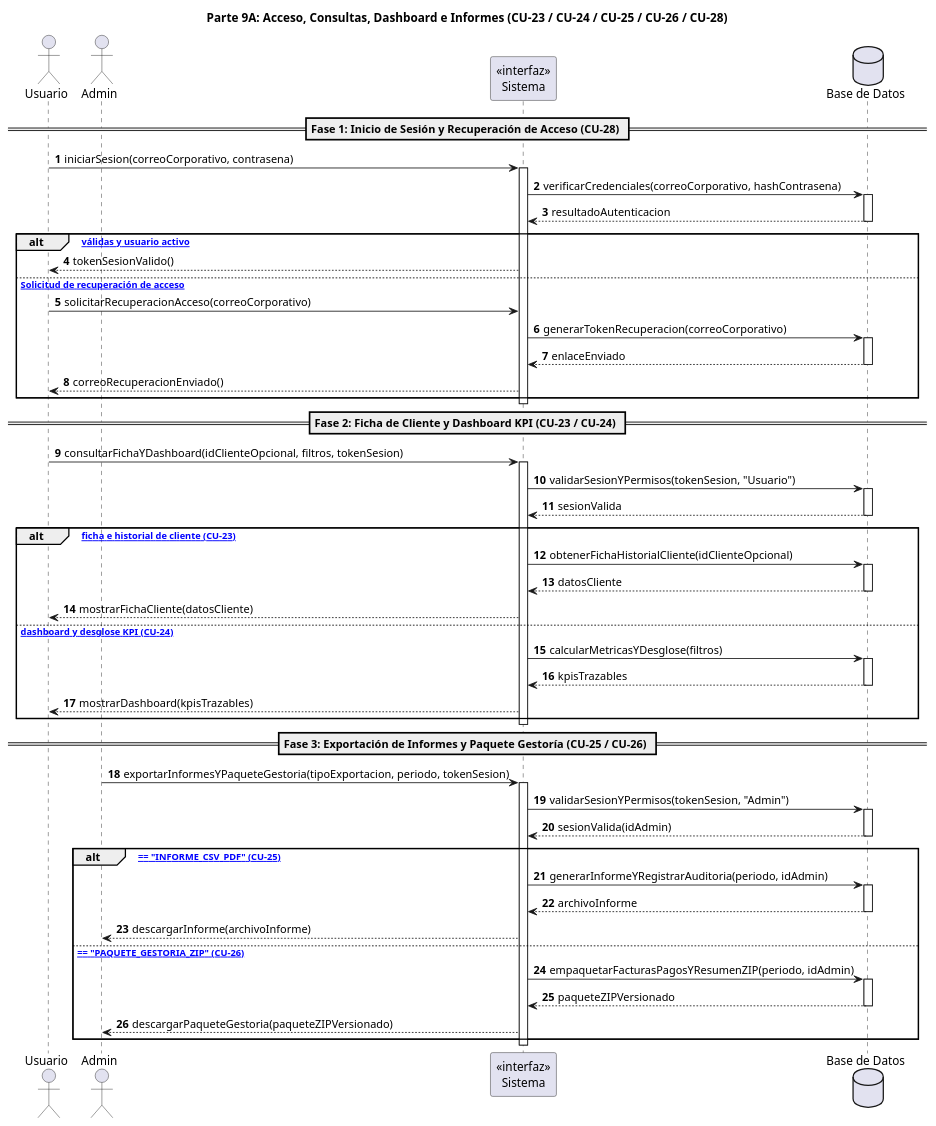
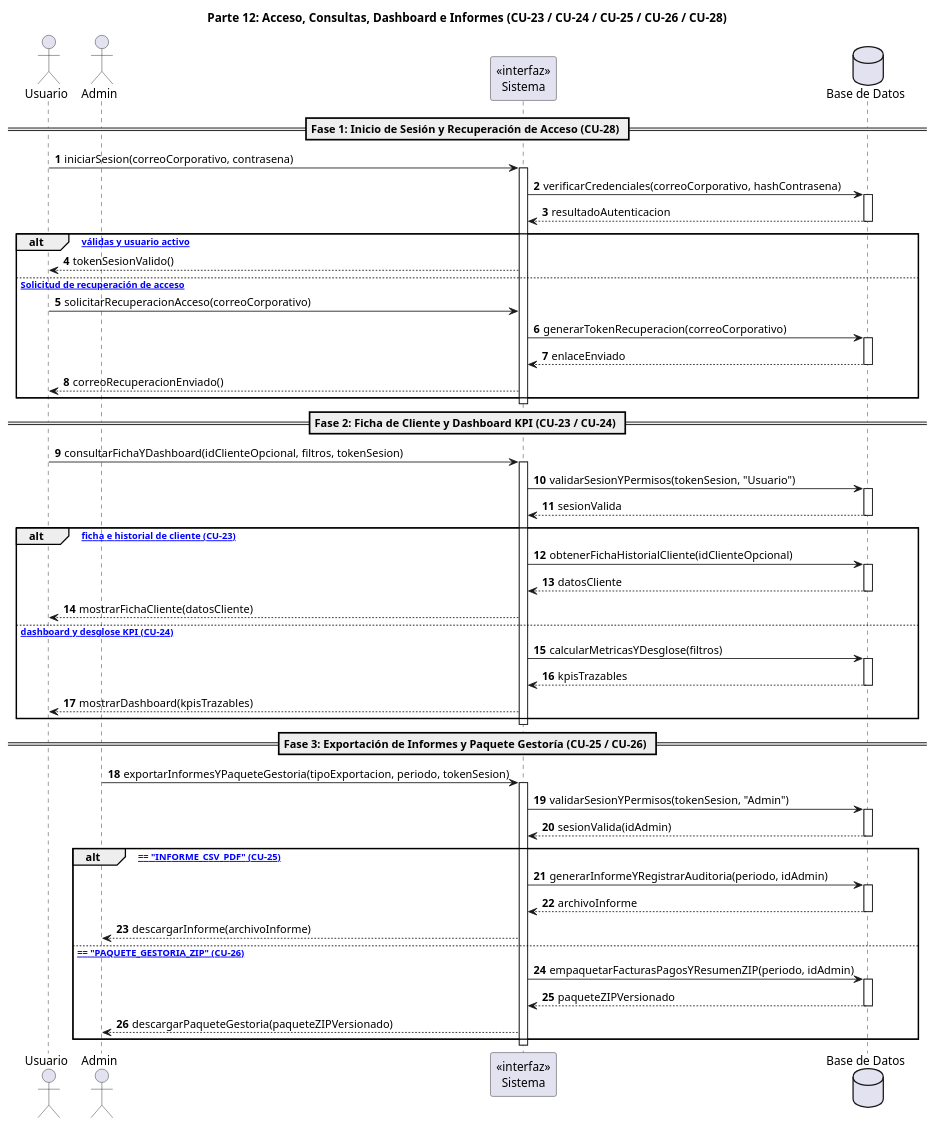
Diagram 12 of 13 in Parcial 2/DiagramaSecuenciaUML/diagramas_de_secuencia_Codigo.md (Ragavez/TurbineHuclides), drawn with PlantUML before and after one commit. The commit also changed other lines of this file, not shown here.

Commit message:
Corrección código parte 6

````diff
--- a/Parcial 2/DiagramaSecuenciaUML/diagramas_de_secuencia_Codigo.md
+++ b/Parcial 2/DiagramaSecuenciaUML/diagramas_de_secuencia_Codigo.md
@@ -894,80 +894,80 @@
 ```plantuml
 @startuml
 autonumber
-title Parte 9A: Acceso, Consultas, Dashboard e Informes (CU-23 / CU-24 / CU-25 / CU-26 / CU-28)
+title Parte 12: Acceso, Consultas, Dashboard e Informes (CU-23 / CU-24 / CU-25 / CU-26 / CU-28)
 
 actor "Usuario" as Operativo
 actor "Admin" as Admin
 participant "«interfaz»\nSistema" as Sistema
 database "Base de Datos" as BD
 
 == Fase 1: Inicio de Sesión y Recuperación de Acceso (CU-28) ==
 
 Operativo -> Sistema : iniciarSesion(correoCorporativo, contrasena)
 activate Sistema
 Sistema -> BD : verificarCredenciales(correoCorporativo, hashContrasena)
 activate BD
 BD --> Sistema : resultadoAutenticacion
 deactivate BD
 
 alt [Credenciales válidas y usuario activo]
     Sistema --> Operativo : tokenSesionValido()
 else [<<extend>> Solicitud de recuperación de acceso]
     Operativo -> Sistema : solicitarRecuperacionAcceso(correoCorporativo)
     Sistema -> BD : generarTokenRecuperacion(correoCorporativo)
     activate BD
     BD --> Sistema : enlaceEnviado
     deactivate BD
     Sistema --> Operativo : correoRecuperacionEnviado()
 end
 deactivate Sistema
 
 == Fase 2: Ficha de Cliente y Dashboard KPI (CU-23 / CU-24) ==
 
 Operativo -> Sistema : consultarFichaYDashboard(idClienteOpcional, filtros, tokenSesion)
 activate Sistema
 Sistema -> BD : validarSesionYPermisos(tokenSesion, "Usuario")
 activate BD
 BD --> Sistema : sesionValida
 deactivate BD
 
 alt [Consulta ficha e historial de cliente (CU-23)]
     Sistema -> BD : obtenerFichaHistorialCliente(idClienteOpcional)
     activate BD
     BD --> Sistema : datosCliente
     deactivate BD
     Sistema --> Operativo : mostrarFichaCliente(datosCliente)
 else [Consulta dashboard y desglose KPI (CU-24)]
     Sistema -> BD : calcularMetricasYDesglose(filtros)
     activate BD
     BD --> Sistema : kpisTrazables
     deactivate BD
     Sistema --> Operativo : mostrarDashboard(kpisTrazables)
 end
 deactivate Sistema
 
 == Fase 3: Exportación de Informes y Paquete Gestoría (CU-25 / CU-26) ==
 
 Admin -> Sistema : exportarInformesYPaqueteGestoria(tipoExportacion, periodo, tokenSesion)
 activate Sistema
 Sistema -> BD : validarSesionYPermisos(tokenSesion, "Admin")
 activate BD
 BD --> Sistema : sesionValida(idAdmin)
 deactivate BD
 
 alt [tipoExportacion == "INFORME_CSV_PDF" (CU-25)]
     Sistema -> BD : generarInformeYRegistrarAuditoria(periodo, idAdmin)
     activate BD
     BD --> Sistema : archivoInforme
     deactivate BD
     Sistema --> Admin : descargarInforme(archivoInforme)
 else [tipoExportacion == "PAQUETE_GESTORIA_ZIP" (CU-26)]
     Sistema -> BD : empaquetarFacturasPagosYResumenZIP(periodo, idAdmin)
     activate BD
     BD --> Sistema : paqueteZIPVersionado
     deactivate BD
     Sistema --> Admin : descargarPaqueteGestoria(paqueteZIPVersionado)
 end
 deactivate Sistema
 @enduml
 ```
````
